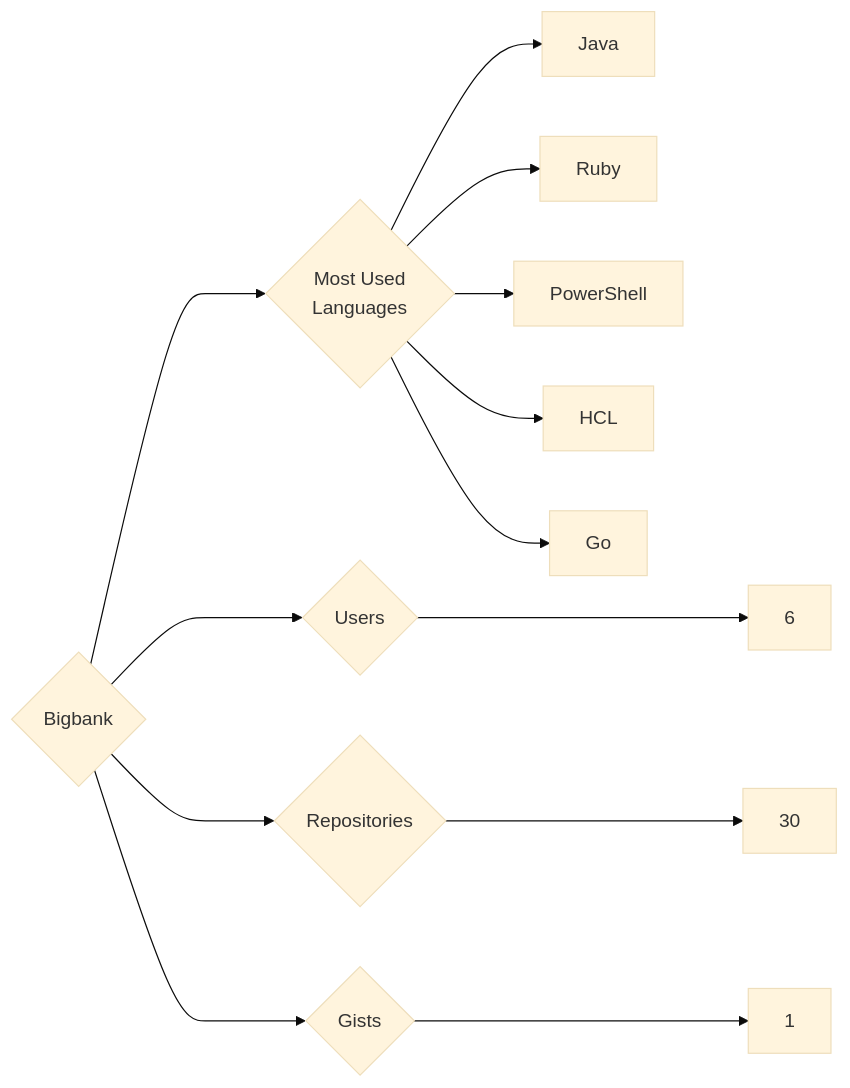
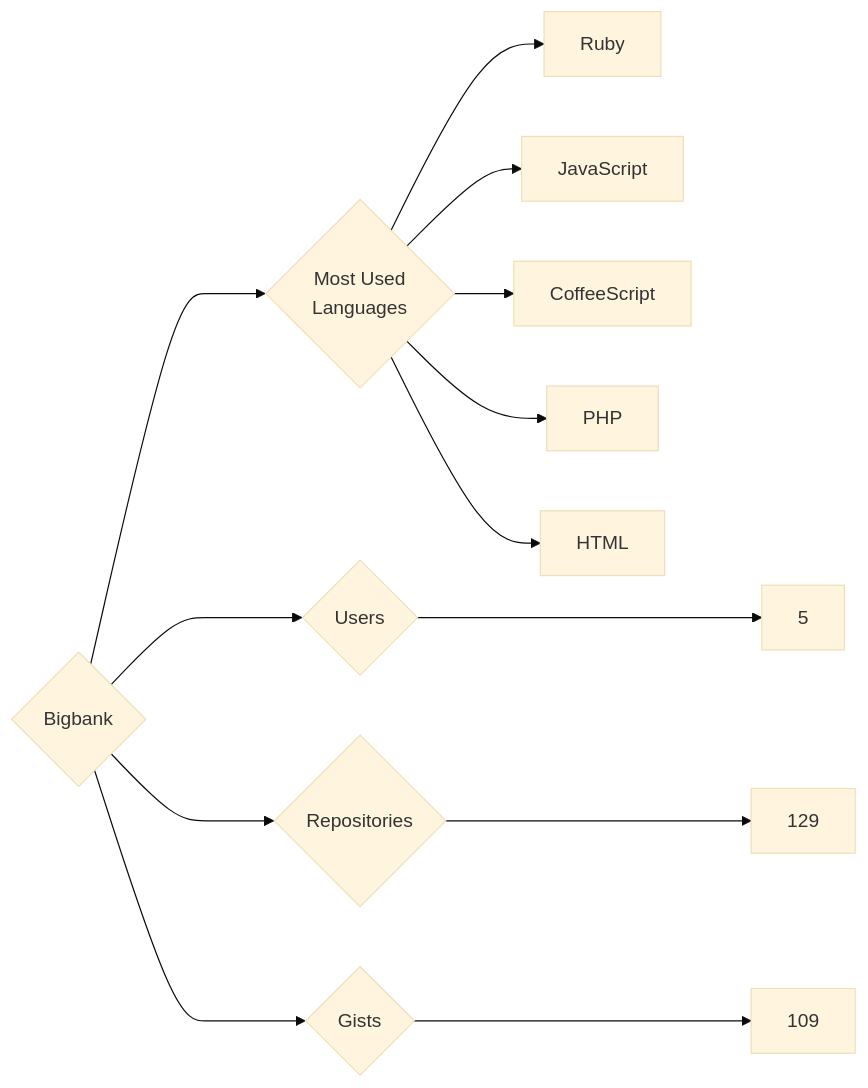
The diagram in targets/Bigbank/README.md (trickest/insiders), drawn with Mermaid (base theme) before and after one commit. The commit also changed 900 other files, not shown here.

````diff
--- a/targets/Bigbank/README.md
+++ b/targets/Bigbank/README.md
@@ -3,13 +3,13 @@
 ```mermaid
 graph LR
 COMPANY_NAME{Bigbank}
-COMPANY_NAME ---> U{Users} ---> UN[6]
-COMPANY_NAME ---> R{Repositories} ---> RN[30]
-COMPANY_NAME ---> G{Gists} ---> GN[1]
+COMPANY_NAME ---> U{Users} ---> UN[5]
+COMPANY_NAME ---> R{Repositories} ---> RN[129]
+COMPANY_NAME ---> G{Gists} ---> GN[109]
 COMPANY_NAME ---> ML{Most Used<br>Languages}
-ML --> Java[Java]
 ML --> Ruby[Ruby]
-ML --> PowerShell[PowerShell]
-ML --> HCL[HCL]
-ML --> Go[Go]
+ML --> JavaScript[JavaScript]
+ML --> CoffeeScript[CoffeeScript]
+ML --> PHP[PHP]
+ML --> HTML[HTML]
 ```
````
